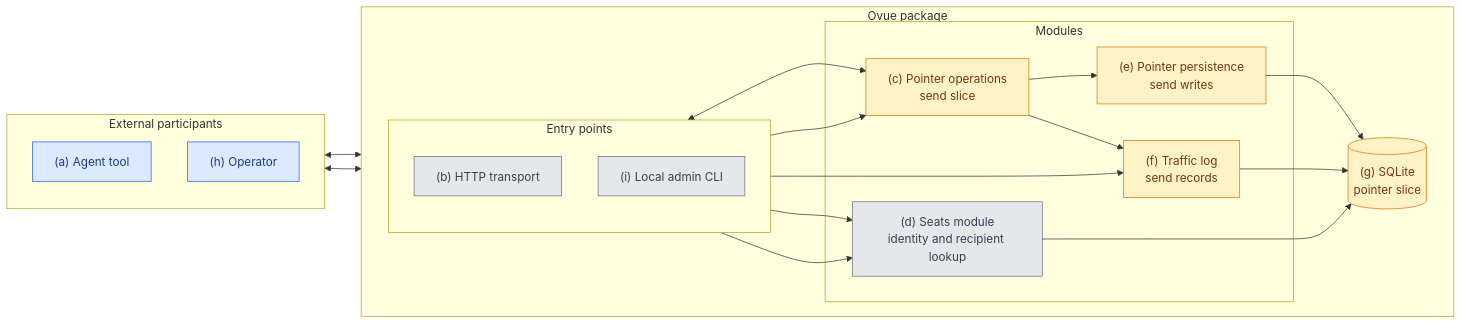
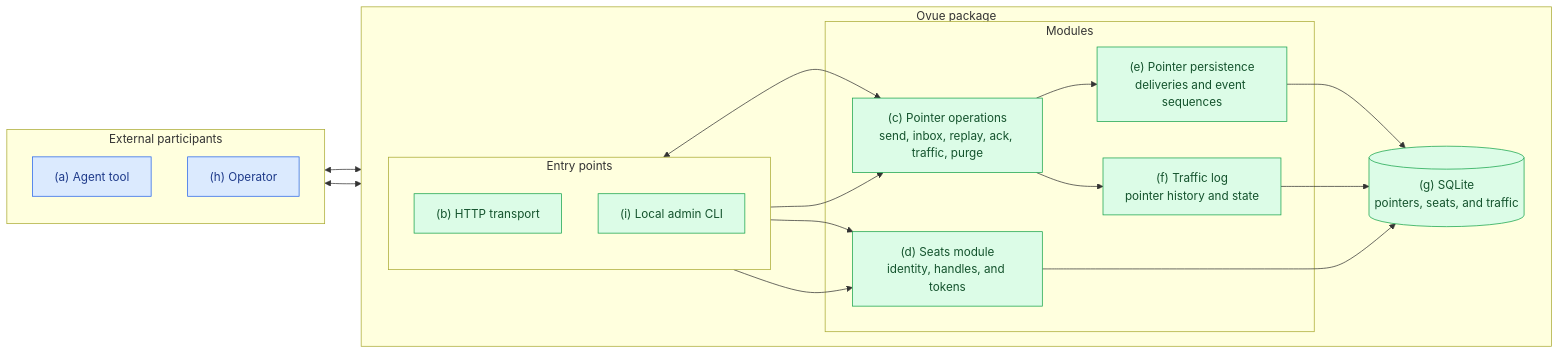
Before and after one commit to afroguy16/ovue: the first of 2 diagrams in spec.md, drawn with Mermaid. The commit also changed other lines of this file and 74 other files, not shown here.

````diff
--- a/spec.md
+++ b/spec.md
@@ -53,46 +54,43 @@
 ```mermaid
 flowchart LR
     subgraph People[External participants]
         direction TB
         Agent["(a) Agent tool"]
         Operator["(h) Operator"]
     end
 
     subgraph Ovue["Ovue package"]
         direction LR
         subgraph Entry["Entry points"]
             direction TB
             HTTP["(b) HTTP transport"]
             Admin["(i) Local admin CLI"]
         end
 
         subgraph Modules["Modules"]
-            Pointer["(c) Pointer operations<br/>send slice"]
-            Auth["(d) Seats module<br/>identity and recipient lookup"]
-            Store["(e) Pointer persistence<br/>send writes"]
-            Log["(f) Traffic log<br/>send records"]
+            Pointer["(c) Pointer operations<br/>send, inbox, replay, ack, traffic, purge"]
+            Auth["(d) Seats module<br/>identity, handles, and tokens"]
+            Store["(e) Pointer persistence<br/>deliveries and event sequences"]
+            Log["(f) Traffic log<br/>pointer history and state"]
             Pointer --> Store
             Pointer --> Log
         end
 
-        SQLite[("(g) SQLite<br/>pointer slice")]
+        SQLite[("(g) SQLite<br/>pointers, seats, and traffic")]
         Store --> SQLite
         Log --> SQLite
         Auth --> SQLite
     end
 
     Agent <--> HTTP
     Operator <--> Admin
     HTTP <--> Pointer
     HTTP --> Auth
     Admin --> Pointer
     Admin --> Auth
-    Admin --> Log
 
-    classDef partial fill:#fef3c7,stroke:#d97706,color:#78350f;
-    classDef todo fill:#e5e7eb,stroke:#6b7280,color:#374151;
+    classDef complete fill:#dcfce7,stroke:#16a34a,color:#14532d;
     classDef external fill:#dbeafe,stroke:#2563eb,color:#1e3a8a;
-    class Pointer,Store,Log,SQLite partial;
-    class HTTP,Admin,Auth todo;
+    class Pointer,Store,Log,SQLite,HTTP,Admin,Auth complete;
     class Agent,Operator external;
 ```
````
